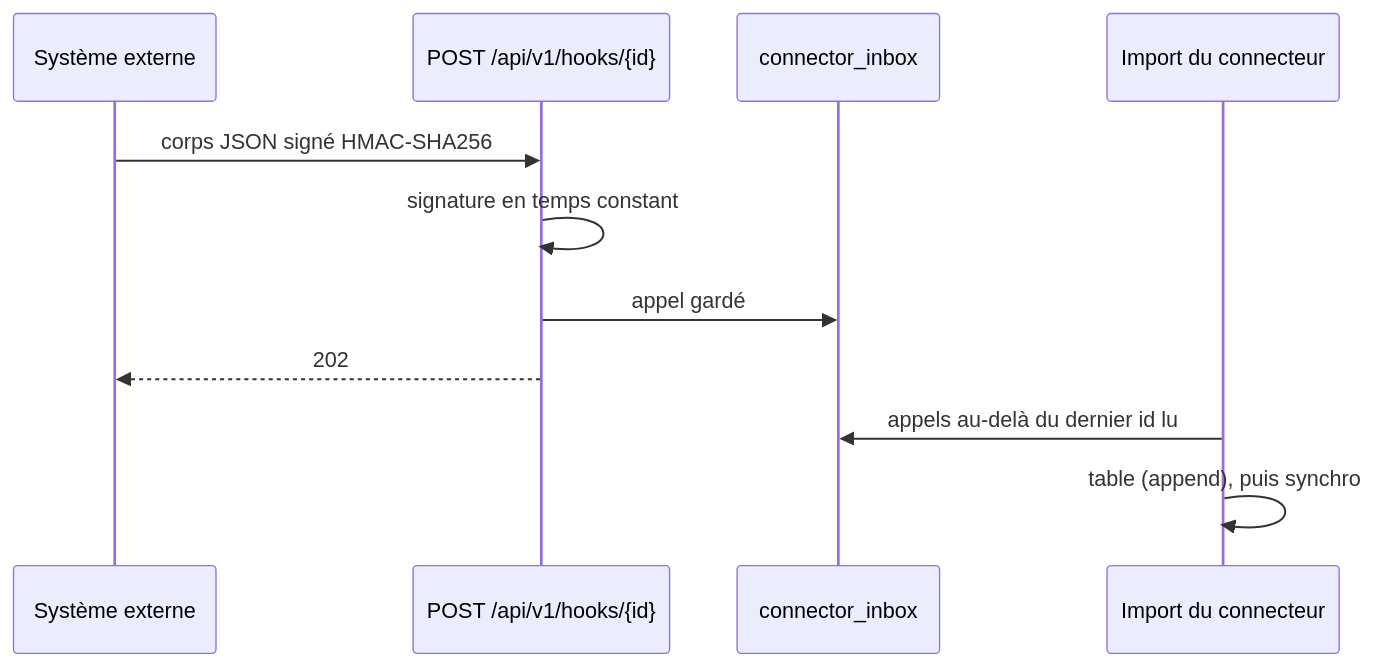
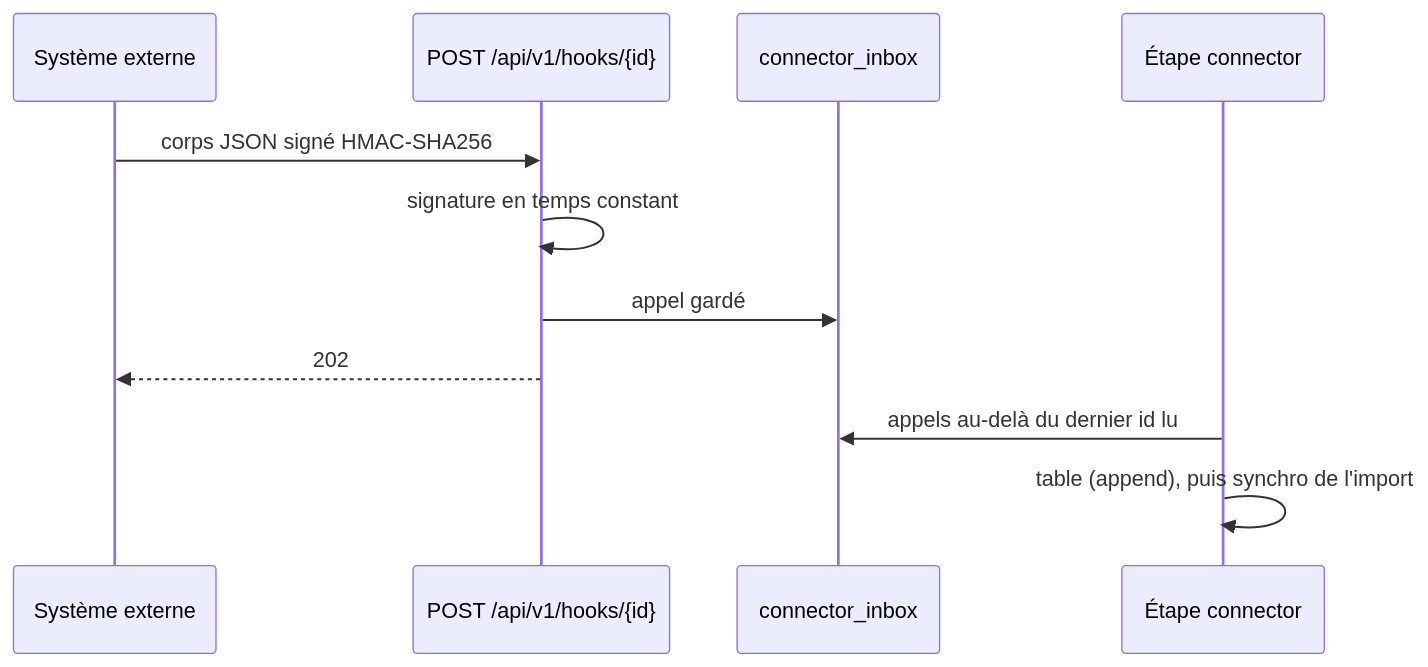
One commit to Pnex/pnex-rs changed diagram 14 of 18 in docs/architecture/pipelines.md. Above: the diagram before and after it, drawn with Mermaid. The commit also changed other lines of this file and 32 other files, not shown here.

````diff
--- a/docs/architecture/pipelines.md
+++ b/docs/architecture/pipelines.md
@@ -344,13 +345,13 @@
 ```mermaid
 sequenceDiagram
   participant X as Système externe
   participant H as POST /api/v1/hooks/{id}
   participant B as connector_inbox
-  participant I as Import du connecteur
+  participant I as Étape connector
   X->>H: corps JSON signé HMAC-SHA256
   H->>H: signature en temps constant
   H->>B: appel gardé
   H-->>X: 202
   I->>B: appels au-delà du dernier id lu
-  I->>I: table (append), puis synchro
+  I->>I: table (append), puis synchro de l'import
 ```
````
